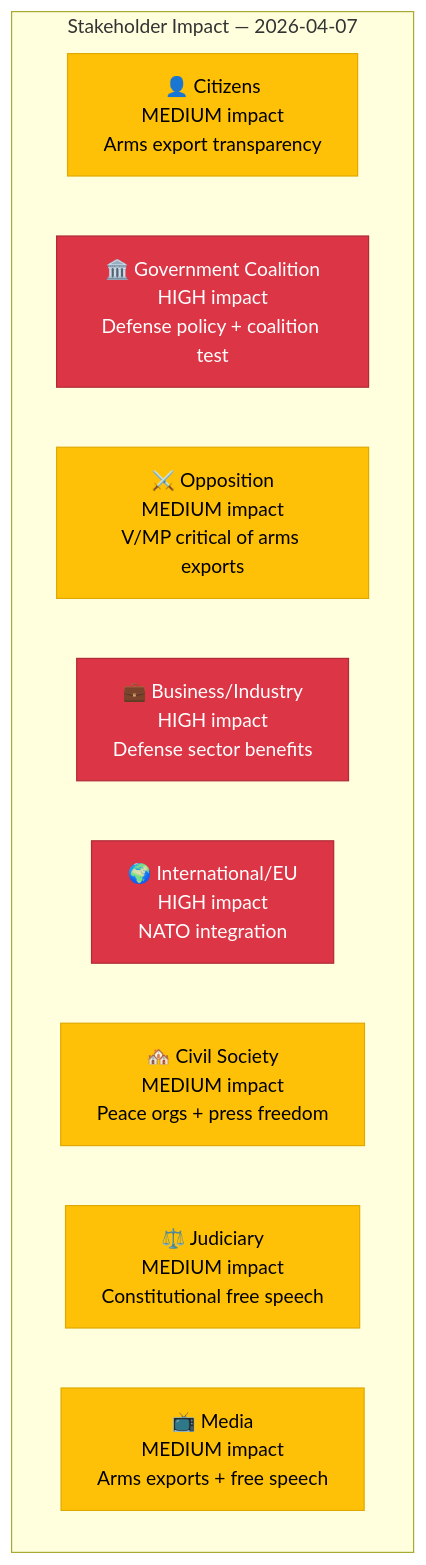
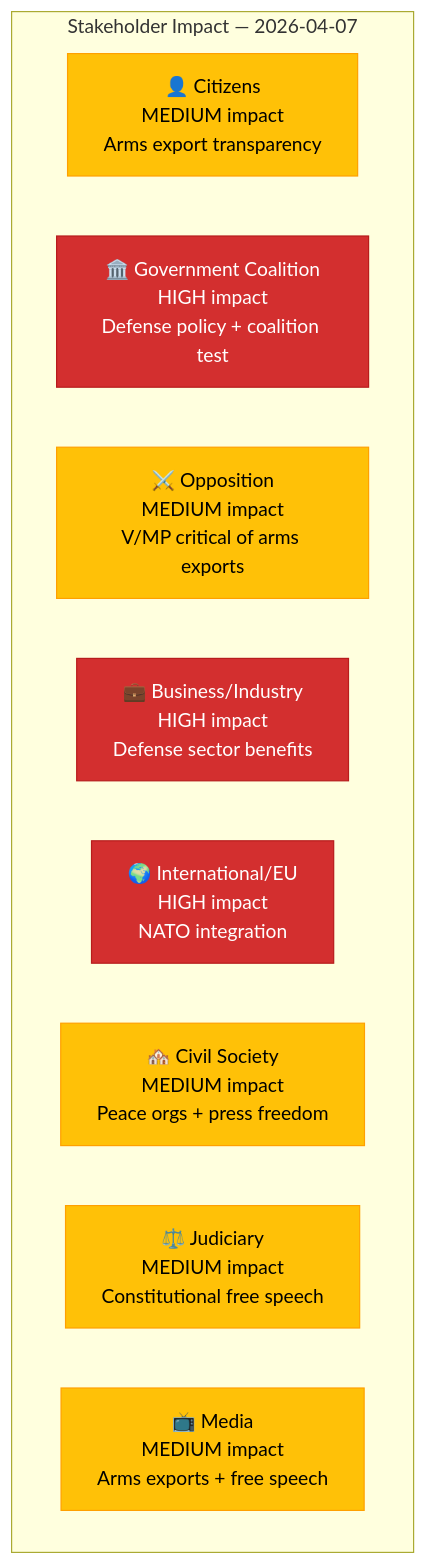
The diagram in analysis/daily/2026-04-07/realtime-1026/stakeholder-perspectives.md (Hack23/riksdagsmonitor), drawn with Mermaid before and after one commit. The commit also changed 785 other files, not shown here.

First line of the commit message:
Normalize mermaid colors across 786 analysis artifacts to ISMS Style Guide palette

````diff
--- a/analysis/daily/2026-04-07/realtime-1026/stakeholder-perspectives.md
+++ b/analysis/daily/2026-04-07/realtime-1026/stakeholder-perspectives.md
@@ -16,22 +16,22 @@
 ```mermaid
 graph TD
     subgraph "Stakeholder Impact — 2026-04-07"
         CIT["👤 Citizens<br/>MEDIUM impact<br/>Arms export transparency"]
         GOV["🏛️ Government Coalition<br/>HIGH impact<br/>Defense policy + coalition test"]
         OPP["⚔️ Opposition<br/>MEDIUM impact<br/>V/MP critical of arms exports"]
         BUS["💼 Business/Industry<br/>HIGH impact<br/>Defense sector benefits"]
         INT["🌍 International/EU<br/>HIGH impact<br/>NATO integration"]
         CIV["🏘️ Civil Society<br/>MEDIUM impact<br/>Peace orgs + press freedom"]
         JUD["⚖️ Judiciary<br/>MEDIUM impact<br/>Constitutional free speech"]
         MED["📺 Media<br/>MEDIUM impact<br/>Arms exports + free speech"]
     end
 
-    style CIT fill:#ffc107,stroke:#e0a800,color:#000
-    style GOV fill:#dc3545,stroke:#b02a37,color:#fff
-    style OPP fill:#ffc107,stroke:#e0a800,color:#000
-    style BUS fill:#dc3545,stroke:#b02a37,color:#fff
-    style INT fill:#dc3545,stroke:#b02a37,color:#fff
-    style CIV fill:#ffc107,stroke:#e0a800,color:#000
-    style JUD fill:#ffc107,stroke:#e0a800,color:#000
-    style MED fill:#ffc107,stroke:#e0a800,color:#000
+    style CIT fill:#FFC107,stroke:#FFA000,color:#000000
+    style GOV fill:#D32F2F,stroke:#B71C1C,color:#FFFFFF
+    style OPP fill:#FFC107,stroke:#FFA000,color:#000000
+    style BUS fill:#D32F2F,stroke:#B71C1C,color:#FFFFFF
+    style INT fill:#D32F2F,stroke:#B71C1C,color:#FFFFFF
+    style CIV fill:#FFC107,stroke:#FFA000,color:#000000
+    style JUD fill:#FFC107,stroke:#FFA000,color:#000000
+    style MED fill:#FFC107,stroke:#FFA000,color:#000000
 ```
````
